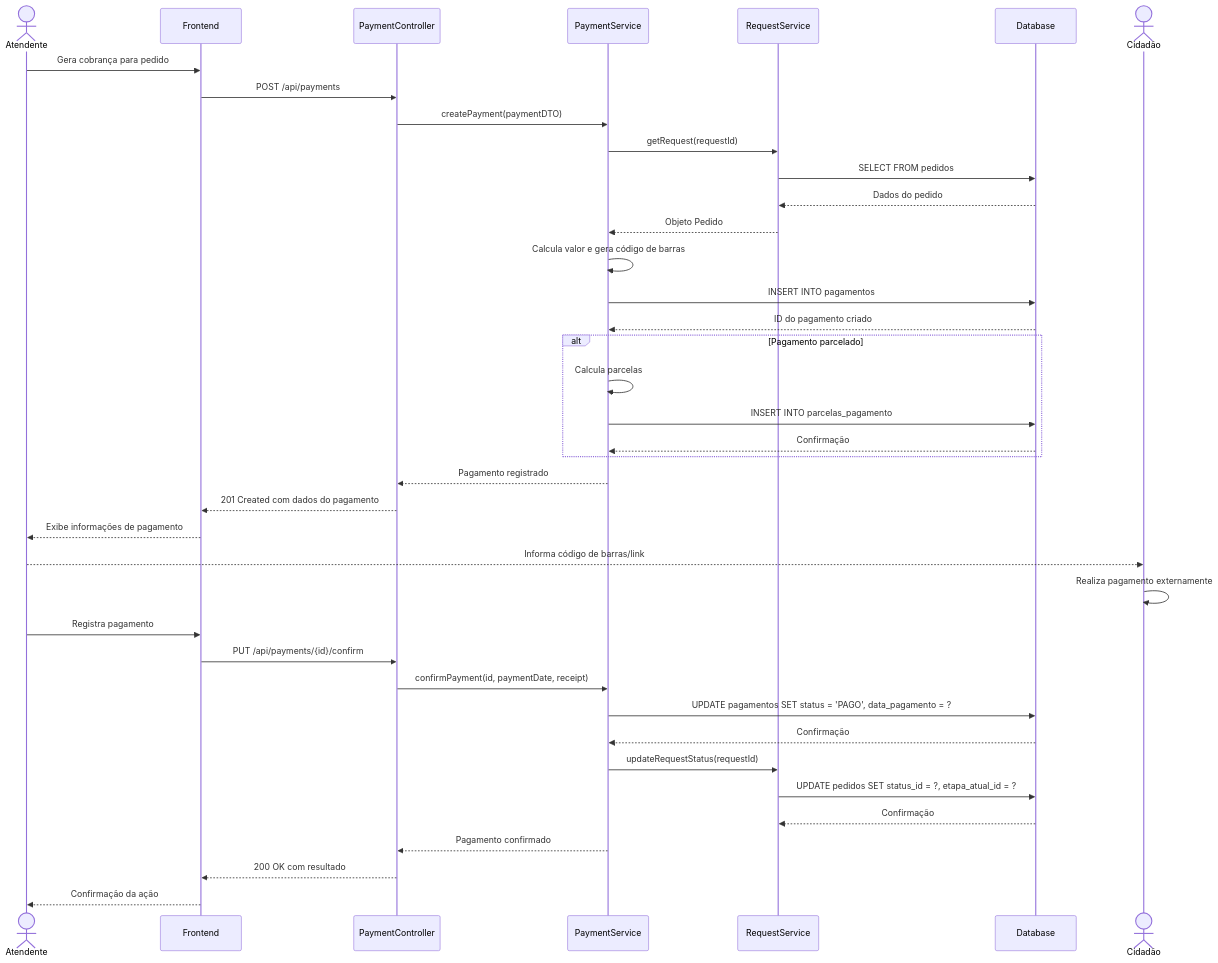
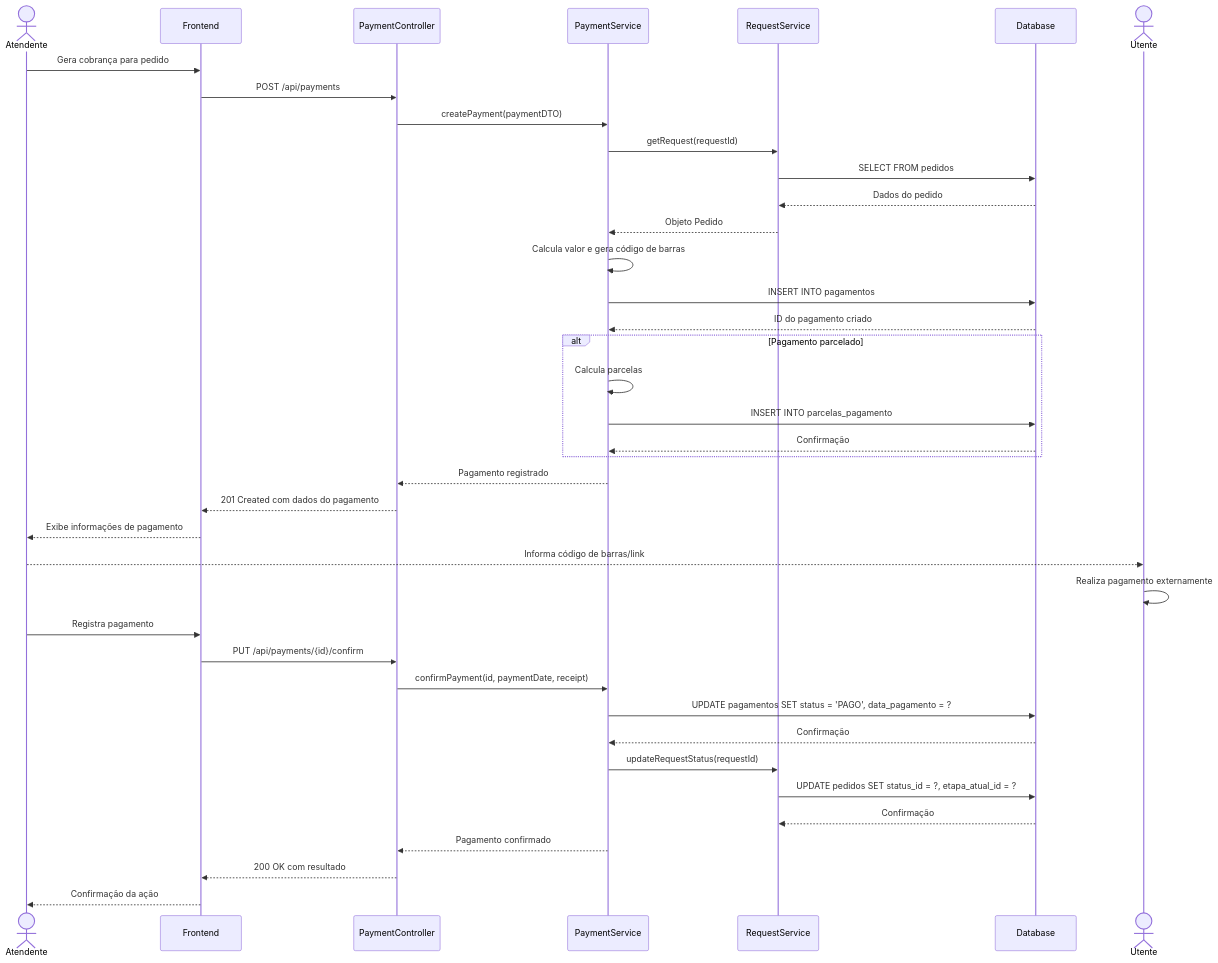
One commit to tchspprtcv/simple changed the fourth of 5 diagrams in docs/dev/sequence_diagrams.md. Above: the diagram before and after it, drawn with Mermaid. The commit also changed other lines of this file and 152 other files, not shown here.

First line of the commit message:
refactor: migrate from monolith to microservices architecture

````diff
--- a/docs/dev/sequence_diagrams.md
+++ b/docs/dev/sequence_diagrams.md
@@ -154,52 +154,52 @@
 ```mermaid
 sequenceDiagram
     actor Atendente
     participant Frontend
     participant PaymentController
     participant PaymentService
     participant RequestService
     participant Database
-    actor Cidadão
+    actor Utente
     
     Atendente->>Frontend: Gera cobrança para pedido
     Frontend->>PaymentController: POST /api/payments
     
     PaymentController->>PaymentService: createPayment(paymentDTO)
     PaymentService->>RequestService: getRequest(requestId)
     RequestService->>Database: SELECT FROM pedidos
     Database-->>RequestService: Dados do pedido
     RequestService-->>PaymentService: Objeto Pedido
     
     PaymentService->>PaymentService: Calcula valor e gera código de barras
     PaymentService->>Database: INSERT INTO pagamentos
     Database-->>PaymentService: ID do pagamento criado
     
     alt Pagamento parcelado
         PaymentService->>PaymentService: Calcula parcelas
         PaymentService->>Database: INSERT INTO parcelas_pagamento
         Database-->>PaymentService: Confirmação
     end
     
     PaymentService-->>PaymentController: Pagamento registrado
     PaymentController-->>Frontend: 201 Created com dados do pagamento
     Frontend-->>Atendente: Exibe informações de pagamento
     
-    Atendente-->>Cidadão: Informa código de barras/link
+    Atendente-->>Utente: Informa código de barras/link
     
-    Cidadão->>Cidadão: Realiza pagamento externamente
+    Utente->>Utente: Realiza pagamento externamente
     
     Atendente->>Frontend: Registra pagamento
     Frontend->>PaymentController: PUT /api/payments/{id}/confirm
     
     PaymentController->>PaymentService: confirmPayment(id, paymentDate, receipt)
     PaymentService->>Database: UPDATE pagamentos SET status = 'PAGO', data_pagamento = ?
     Database-->>PaymentService: Confirmação
     
     PaymentService->>RequestService: updateRequestStatus(requestId)
     RequestService->>Database: UPDATE pedidos SET status_id = ?, etapa_atual_id = ?
     Database-->>RequestService: Confirmação
     
     PaymentService-->>PaymentController: Pagamento confirmado
     PaymentController-->>Frontend: 200 OK com resultado
     Frontend-->>Atendente: Confirmação da ação
 ```
````
